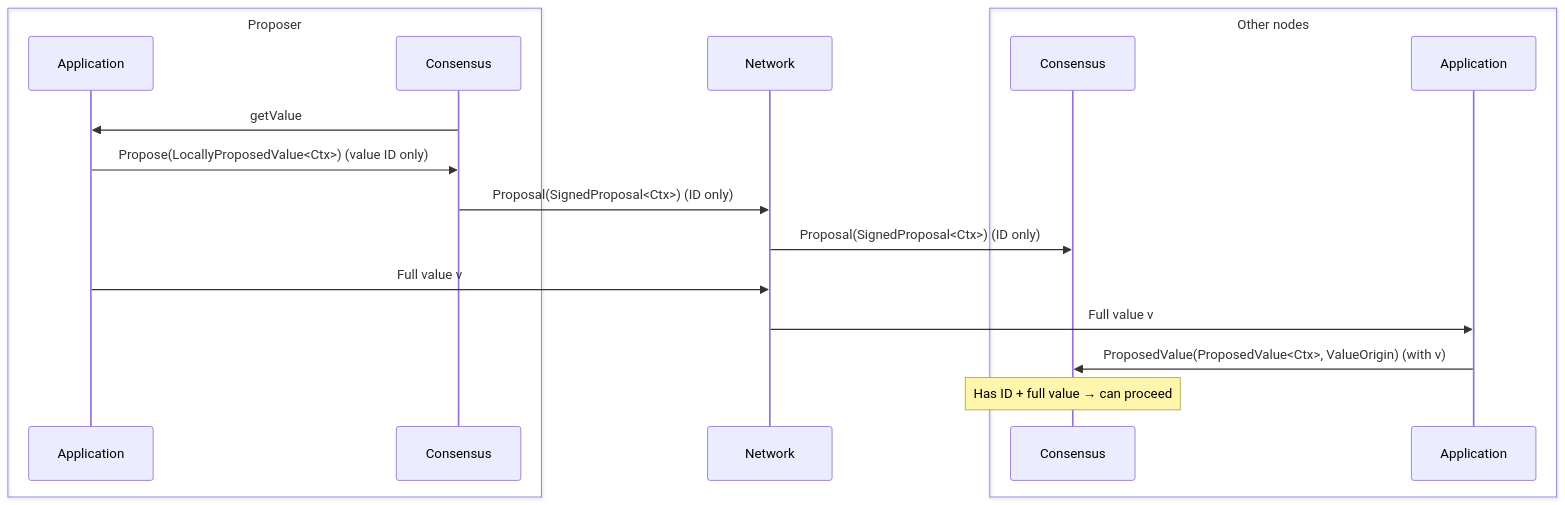
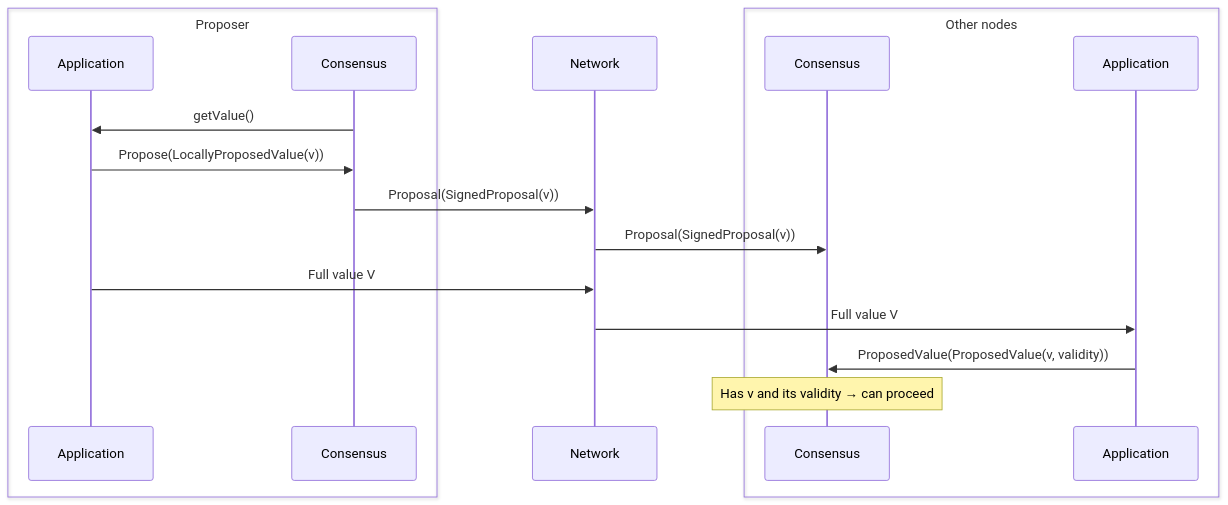
The second of 3 diagrams in docs/architecture/adr-003-values-propagation.md (circlefin/malachite), drawn with Mermaid before and after one commit. The commit also changed other lines of this file, not shown here.

Commit message:
Use V and v, fix diagrams, add some app requirements

````diff
--- a/docs/architecture/adr-003-values-propagation.md
+++ b/docs/architecture/adr-003-values-propagation.md
@@ -151,25 +178,25 @@
 ```mermaid
 sequenceDiagram
     box Proposer
       participant A1 as Application
       participant C1 as Consensus
     end
 
     participant N as Network
     
     box Other nodes
       participant C2 as Consensus
       participant A2 as Application
     end
 
-    C1->>A1: getValue
-    A1->>C1: Propose(LocallyProposedValue<Ctx>) (value ID only)
-    C1->>N: Proposal(SignedProposal<Ctx>) (ID only)
-    N->>C2: Proposal(SignedProposal<Ctx>) (ID only)
+    C1->>A1: getValue()
+    A1->>C1: Propose(LocallyProposedValue(v))
+    C1->>N: Proposal(SignedProposal(v))
+    N->>C2: Proposal(SignedProposal(v))
 
-    A1->>N: Full value v
-    N->>A2: Full value v
-    A2->>C2: ProposedValue(ProposedValue<Ctx>, ValueOrigin) (with v)
+    A1->>N: Full value V
+    N->>A2: Full value V
+    A2->>C2: ProposedValue(ProposedValue(v, validity))
 
-    Note over C2: Has ID + full value → can proceed
+    Note over C2: Has v and its validity → can proceed
 ```
````
